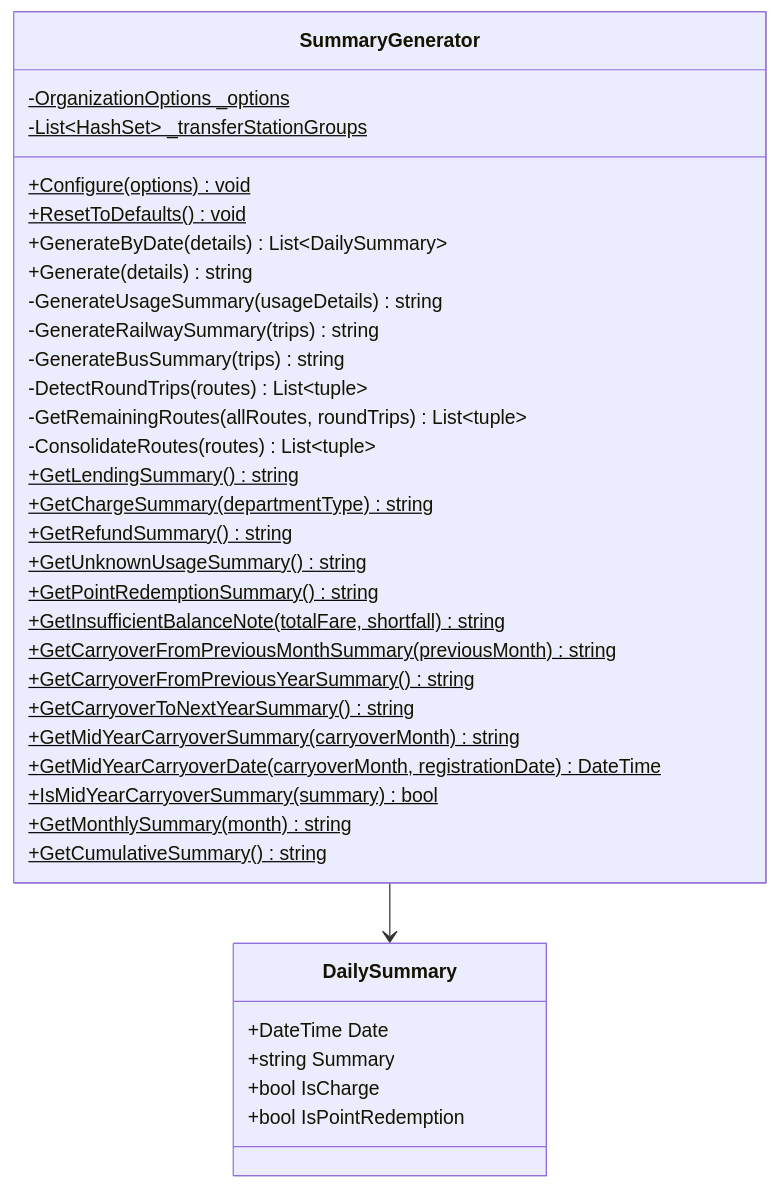
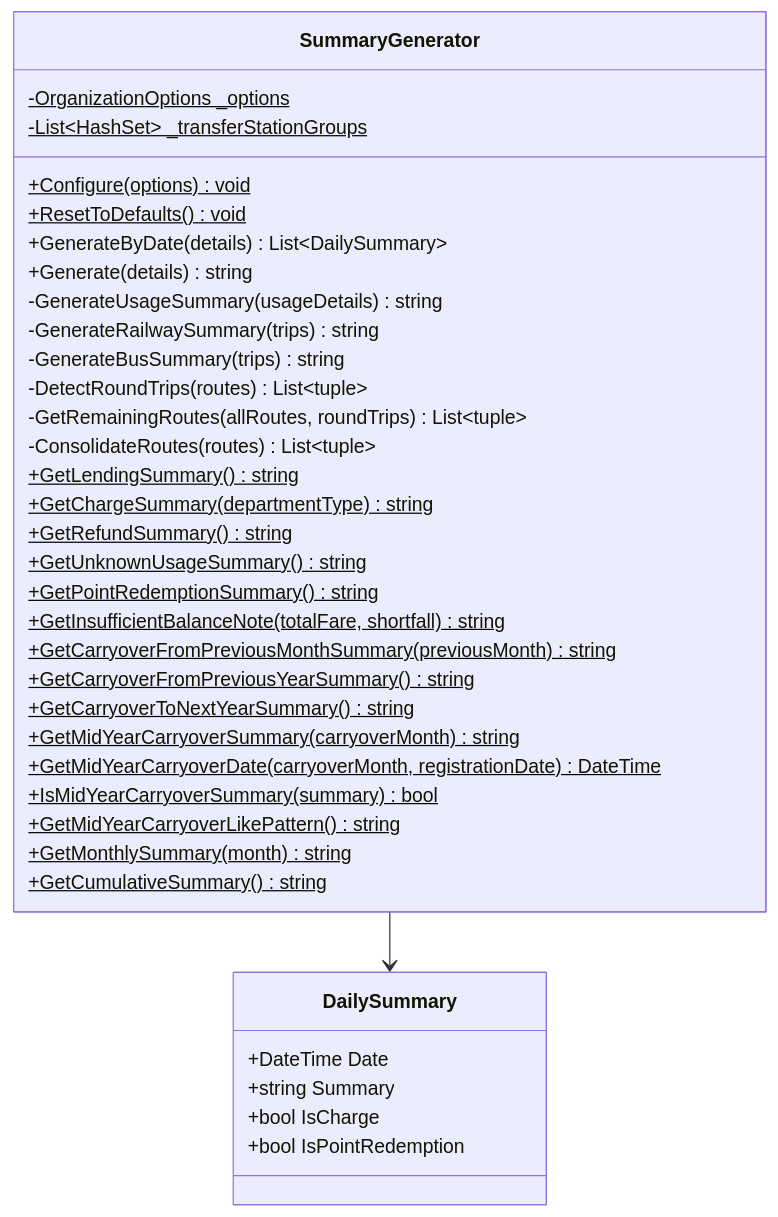
One commit to kuwayamamasayuki/ICCardManager changed the sixth of 49 diagrams in ICCardManager/docs/design/05_クラス設計書.md. Above: the diagram before and after it, drawn with Mermaid. The commit also changed other lines of this file and 16 other files, not shown here.

Commit message:
fix: 繰越判定SQLを組織設定 MidYearCarryoverFormat に追従させる (#1749) (#1804)

````diff
--- a/ICCardManager/docs/design/05_クラス設計書.md
+++ b/ICCardManager/docs/design/05_クラス設計書.md
@@ -572,40 +576,41 @@
 ```mermaid
 classDiagram
     class SummaryGenerator {
         -OrganizationOptions _options$
         -List~HashSet~ _transferStationGroups$
         +Configure(options)$ void
         +ResetToDefaults()$ void
         +GenerateByDate(details) List~DailySummary~
         +Generate(details) string
         -GenerateUsageSummary(usageDetails) string
         -GenerateRailwaySummary(trips) string
         -GenerateBusSummary(trips) string
         -DetectRoundTrips(routes) List~tuple~
         -GetRemainingRoutes(allRoutes, roundTrips) List~tuple~
         -ConsolidateRoutes(routes) List~tuple~
         +GetLendingSummary()$ string
         +GetChargeSummary(departmentType)$ string
         +GetRefundSummary()$ string
         +GetUnknownUsageSummary()$ string
         +GetPointRedemptionSummary()$ string
         +GetInsufficientBalanceNote(totalFare, shortfall)$ string
         +GetCarryoverFromPreviousMonthSummary(previousMonth)$ string
         +GetCarryoverFromPreviousYearSummary()$ string
         +GetCarryoverToNextYearSummary()$ string
         +GetMidYearCarryoverSummary(carryoverMonth)$ string
         +GetMidYearCarryoverDate(carryoverMonth, registrationDate)$ DateTime
         +IsMidYearCarryoverSummary(summary)$ bool
+        +GetMidYearCarryoverLikePattern()$ string
         +GetMonthlySummary(month)$ string
         +GetCumulativeSummary()$ string
     }
 
     class DailySummary {
         +DateTime Date
         +string Summary
         +bool IsCharge
         +bool IsPointRedemption
     }
 
     SummaryGenerator --> DailySummary
 ```
````
